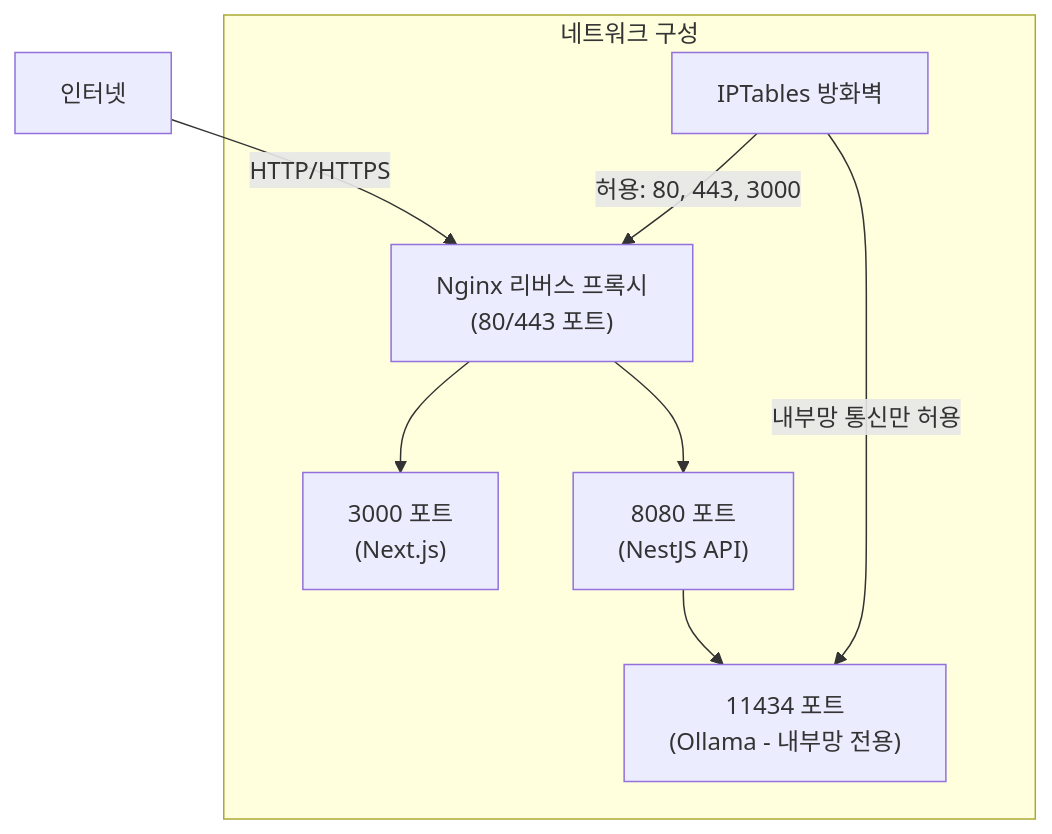
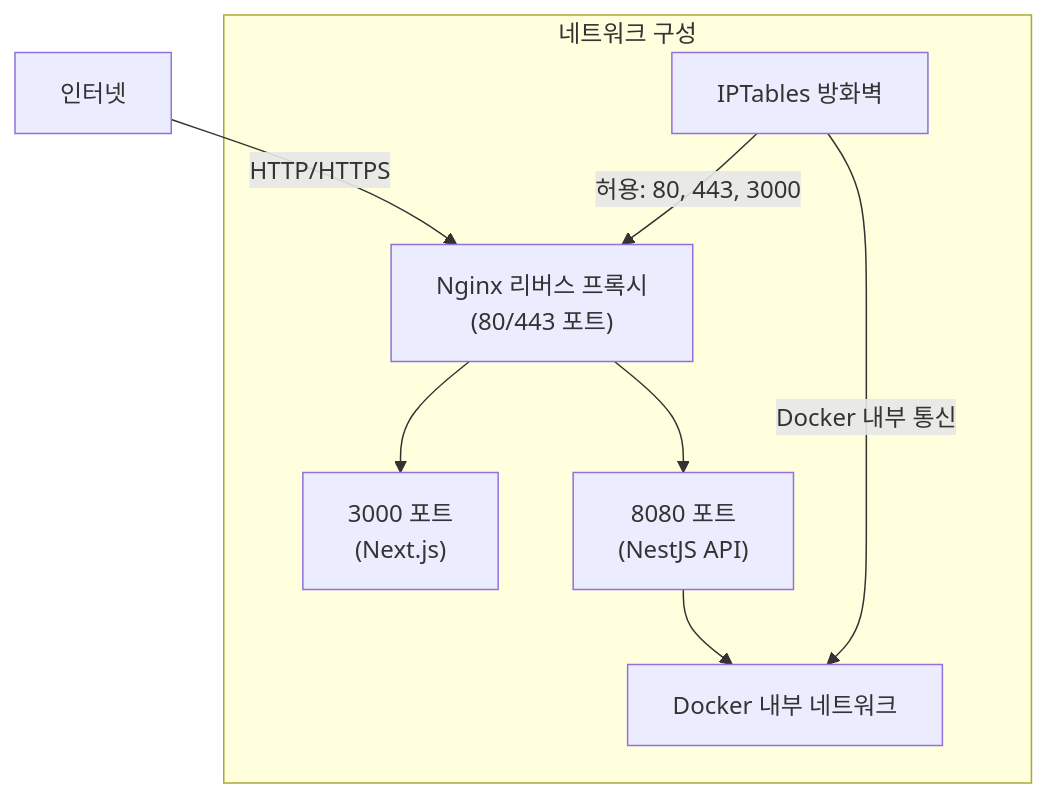
One commit to HaeSim/bot-haesim-monorepo changed the second of 6 diagrams in README.md. Above: the diagram before and after it, drawn with Mermaid. The commit also changed other lines of this file, not shown here.

````diff
--- a/README.md
+++ b/README.md
@@ -46,18 +48,18 @@
 ```mermaid
 flowchart TD
     subgraph "네트워크 구성"
         NGINX["Nginx 리버스 프록시\n(80/443 포트)"]
         FIREWALL["IPTables 방화벽"]
         PORT1["3000 포트\n(Next.js)"]
         PORT2["8080 포트\n(NestJS API)"]
-        PORT3["11434 포트\n(Ollama - 내부망 전용)"]
+        DOCKER_NET["Docker 내부 네트워크"]
     end
     
     INTERNET["인터넷"] -->|HTTP/HTTPS| NGINX
     NGINX --> PORT1
     NGINX --> PORT2
-    PORT2 --> PORT3
+    PORT2 --> DOCKER_NET
     
     FIREWALL -->|허용: 80, 443, 3000| NGINX
-    FIREWALL -->|내부망 통신만 허용| PORT3
+    FIREWALL -->|Docker 내부 통신| DOCKER_NET
 ```
````
